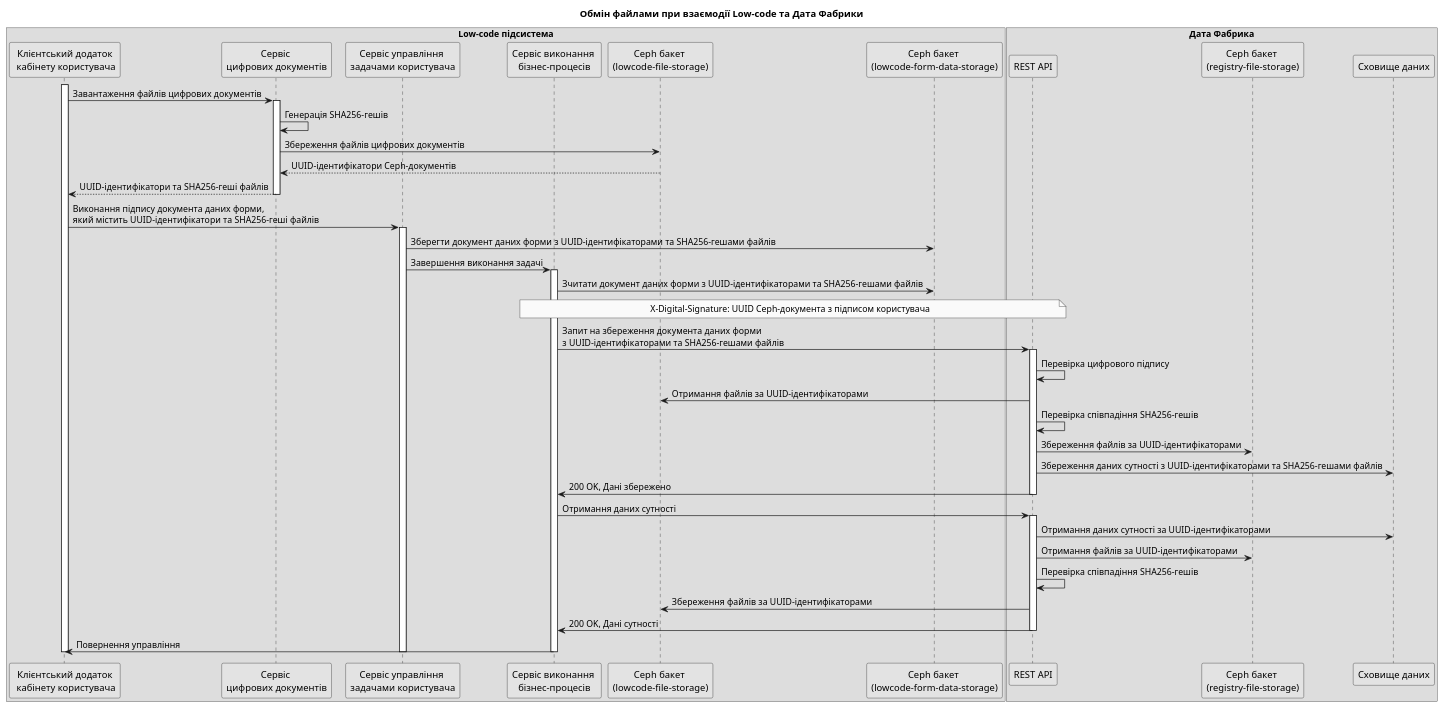
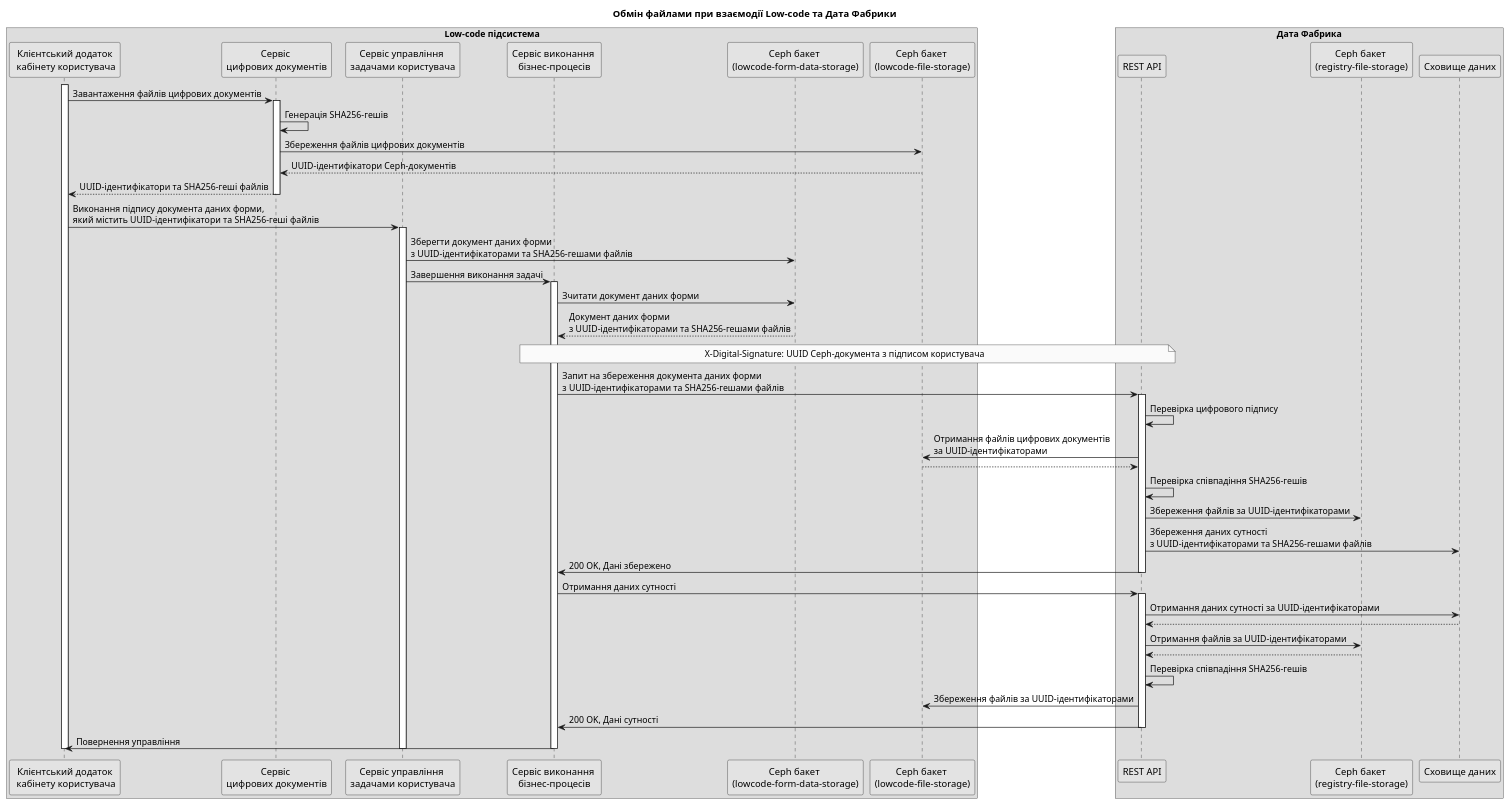
Before and after one commit to epam/edp-ddm-architecture: the diagram in modules/ROOT/partials/lowcode/digital-documents-exchange.puml, drawn with PlantUML. The commit also changed 3 other files, not shown here.

```diff
--- a/modules/ROOT/partials/lowcode/digital-documents-exchange.puml
+++ b/modules/ROOT/partials/lowcode/digital-documents-exchange.puml
@@ -1,60 +1,65 @@
 @startuml
 skinparam monochrome true
+skinparam responseMessageBelowArrow true
 
 box Low-code підсистема
   participant "Клієнтський додаток\n кабінету користувача" as cabinet
   participant "Сервіс \nцифрових документів" as digital_documents
   participant "Сервіс управління \nзадачами користувача" as user_task_mngmnt
   participant "Сервіс виконання \nбізнес-процесів" as bpms
+  participant "Ceph бакет \n(lowcode-form-data-storage)" as lowcode_form_data_ceph
   participant "Ceph бакет \n(lowcode-file-storage)" as lowcode_file_ceph
-  participant "Ceph бакет \n(lowcode-form-data-storage)" as lowcode_form_data_ceph
 end box
+
 box Дата Фабрика
   participant "REST API" as data_factory
   participant "Ceph бакет \n(registry-file-storage)" as data_file_ceph
   participant "Сховище даних" as citus
 end box
-skinparam responseMessageBelowArrow true
 
 title Обмін файлами при взаємодії Low-code та Дата Фабрики
 
 activate cabinet
   cabinet -> digital_documents: Завантаження файлів цифрових документів
   activate digital_documents
     digital_documents -> digital_documents: Генерація SHA256-гешів
     digital_documents -> lowcode_file_ceph: Збереження файлів цифрових документів
     lowcode_file_ceph --> digital_documents: UUID-ідентифікатори Ceph-документів
     digital_documents --> cabinet: UUID-ідентифікатори та SHA256-геші файлів
   deactivate digital_documents
 
   cabinet -> user_task_mngmnt: Виконання підпису документа даних форми, \nякий містить UUID-ідентифікатори та SHA256-геші файлів
   activate user_task_mngmnt
-    user_task_mngmnt -> lowcode_form_data_ceph: Зберегти документ даних форми з UUID-ідентифікаторами та SHA256-гешами файлів
+    user_task_mngmnt -> lowcode_form_data_ceph: Зберегти документ даних форми \nз UUID-ідентифікаторами та SHA256-гешами файлів
     user_task_mngmnt -> bpms: Завершення виконання задачі
     activate bpms
-      bpms -> lowcode_form_data_ceph: Зчитати документ даних форми з UUID-ідентифікаторами та SHA256-гешами файлів
+      bpms -> lowcode_form_data_ceph: Зчитати документ даних форми
+      lowcode_form_data_ceph --> bpms: Документ даних форми \nз UUID-ідентифікаторами та SHA256-гешами файлів
       note over bpms, data_factory: X-Digital-Signature: UUID Ceph-документа з підписом користувача
       bpms -> data_factory: Запит на збереження документа даних форми \nз UUID-ідентифікаторами та SHA256-гешами файлів
       activate data_factory
         data_factory -> data_factory: Перевірка цифрового підпису
-        data_factory -> lowcode_file_ceph: Отримання файлів за UUID-ідентифікаторами
+        data_factory -> lowcode_file_ceph: Отримання файлів цифрових документів \nза UUID-ідентифікаторами
+        lowcode_file_ceph --> data_factory
         data_factory -> data_factory: Перевірка співпадіння SHA256-гешів
         data_factory -> data_file_ceph: Збереження файлів за UUID-ідентифікаторами
-        data_factory -> citus: Збереження даних сутності з UUID-ідентифікаторами та SHA256-гешами файлів
+        data_factory -> citus: Збереження даних сутності \nз UUID-ідентифікаторами та SHA256-гешами файлів
         data_factory -> bpms: 200 OK, Дані збережено
       deactivate data_factory
 
       bpms -> data_factory: Отримання даних сутності
       activate data_factory
         data_factory -> citus: Отримання даних сутності за UUID-ідентифікаторами
+        citus --> data_factory
         data_factory -> data_file_ceph: Отримання файлів за UUID-ідентифікаторами
+        data_file_ceph --> data_factory
         data_factory -> data_factory: Перевірка співпадіння SHA256-гешів
         data_factory -> lowcode_file_ceph: Збереження файлів за UUID-ідентифікаторами
         data_factory -> bpms: 200 OK, Дані сутності
       deactivate data_factory
       bpms -> cabinet: Повернення управління
     deactivate bpms
   deactivate user_task_mngmnt
 deactivate cabinet
 
 @enduml
```
